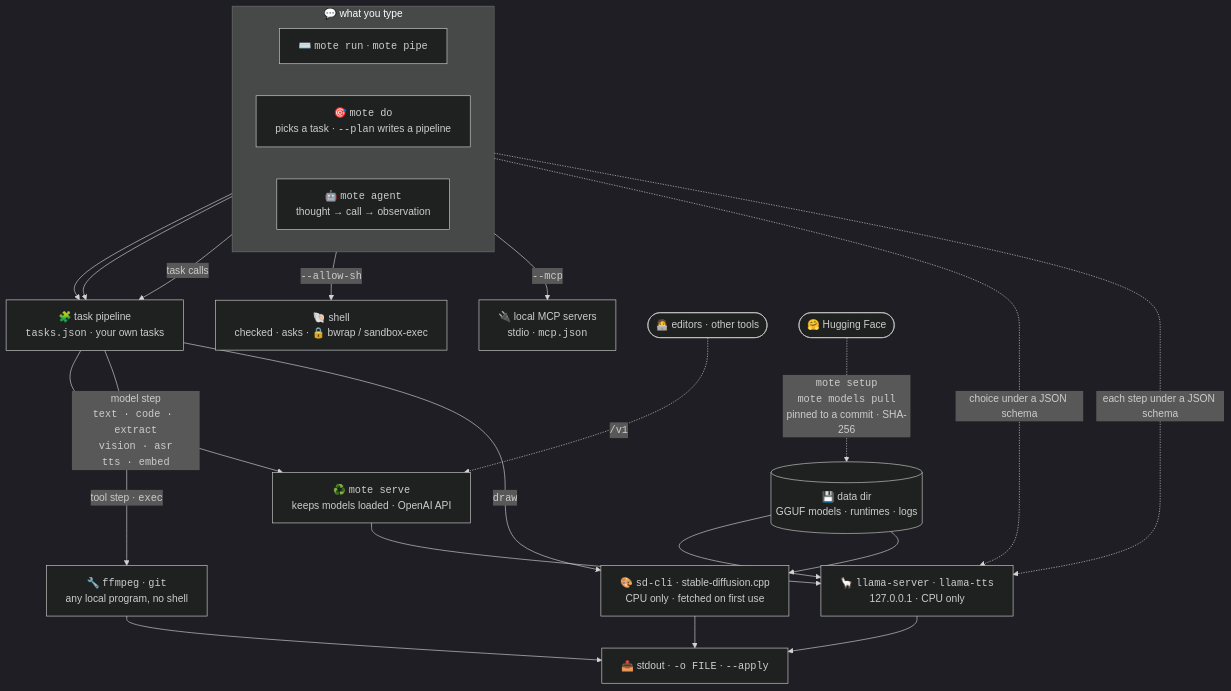
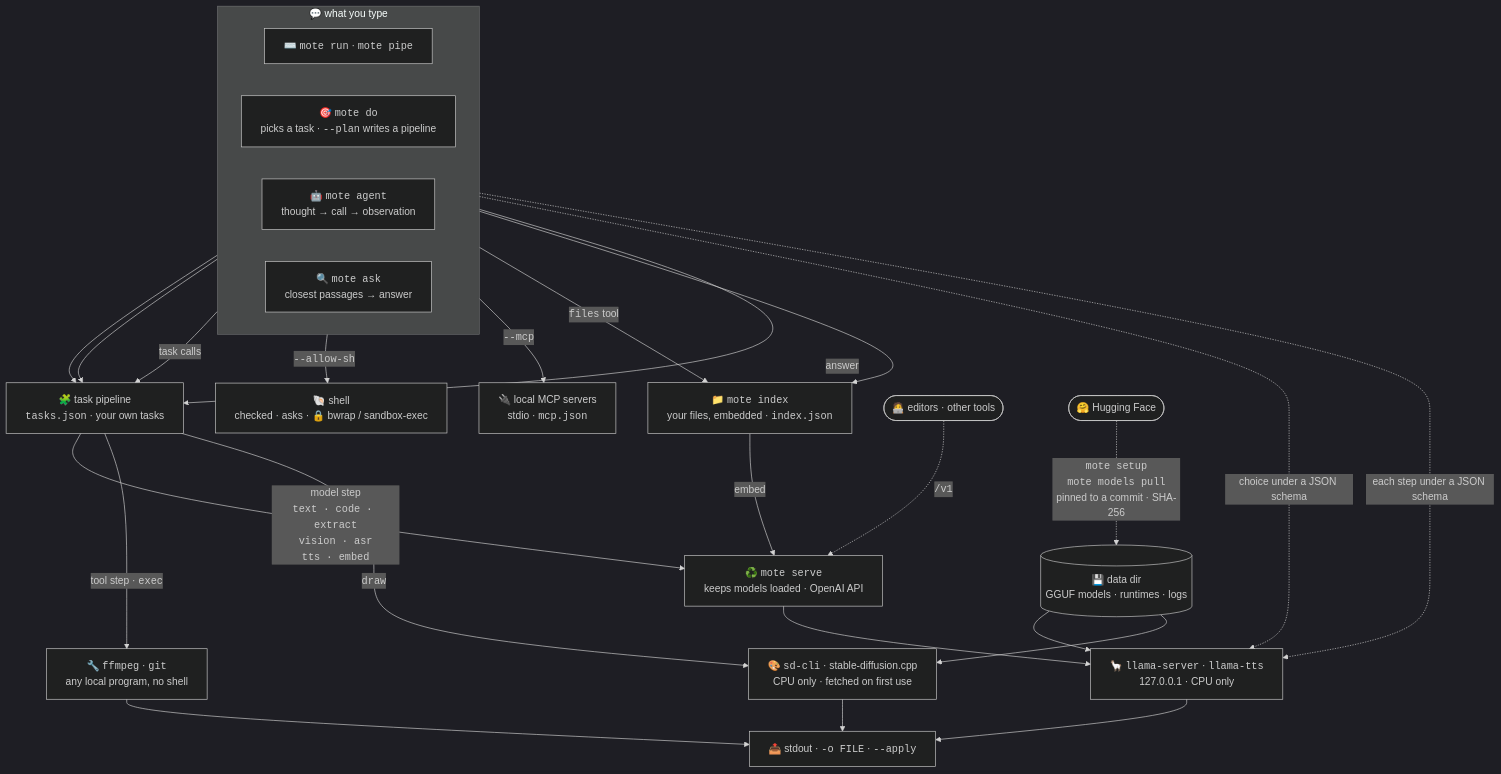
Before and after one commit to JGalego/Mote: the first of 2 diagrams in README.md, drawn with Mermaid (dark theme). The commit also changed other lines of this file and 10 other files, not shown here.

Commit message:
feat: add mote index and mote ask, answering questions from your own files

````diff
--- a/README.md
+++ b/README.md
@@ -366,32 +382,37 @@
 ```mermaid
 %%{init: {"flowchart": {"wrappingWidth": 320}}}%%
 flowchart TD
   subgraph ask["💬 what you type"]
     direction LR
     RUN["⌨️ <code>mote run</code> · <code>mote pipe</code>"]
     DO["🎯 <code>mote do</code><br/>picks a task · <code>--plan</code> writes a pipeline"]
     AGENT["🤖 <code>mote agent</code><br/>thought → call → observation"]
+    ASK["🔍 <code>mote ask</code><br/>closest passages → answer"]
   end
 
   RUN --> PIPE["🧩 task pipeline<br/><code>tasks.json</code> · your own tasks"]
   DO --> PIPE
   AGENT -- "task calls" --> PIPE
   AGENT -- "<code>--allow-sh</code>" --> SH["🐚 shell<br/>checked · asks · 🔒 bwrap / sandbox-exec"]
   AGENT -- "<code>--mcp</code>" --> MCP["🔌 local MCP servers<br/>stdio · <code>mcp.json</code>"]
+  AGENT -- "<code>files</code> tool" --> INDEX
+  ASK --> INDEX["📁 <code>mote index</code><br/>your files, embedded · <code>index.json</code>"]
+  INDEX -- "embed" --> SERVE
+  ASK -- "answer" --> PIPE
 
   PIPE -- "model step<br/><code>text · code · extract</code><br/><code>vision · asr</code><br/><code>tts · embed</code>" --> SERVE["♻️ <code>mote serve</code><br/>keeps models loaded · OpenAI API"]
   EDITOR(["🧑‍💻 editors · other tools"]) -. "<code>/v1</code>" .-> SERVE
   SERVE --> LLAMA["🦙 <code>llama-server</code> · <code>llama-tts</code><br/>127.0.0.1 · CPU only"]
   DO -. "choice under a JSON schema" .-> LLAMA
   AGENT -. "each step under a JSON schema" .-> LLAMA
   PIPE -- "tool step · <code>exec</code>" --> TOOLS["🔧 <code>ffmpeg</code> · <code>git</code><br/>any local program, no shell"]
   PIPE -- "<code>draw</code>" --> SD["🎨 <code>sd-cli</code> · stable-diffusion.cpp<br/>CPU only · fetched on first use"]
 
   DATA[("💾 data dir<br/>GGUF models · runtimes · logs")] --> LLAMA
   DATA --> SD
   HF(["🤗 Hugging Face"]) -. "<code>mote setup</code><br/><code>mote models pull</code><br/>pinned to a commit · SHA-256" .-> DATA
 
   LLAMA --> OUT["📤 stdout · <code>-o FILE</code> · <code>--apply</code>"]
   TOOLS --> OUT
   SD --> OUT
 ```
````
